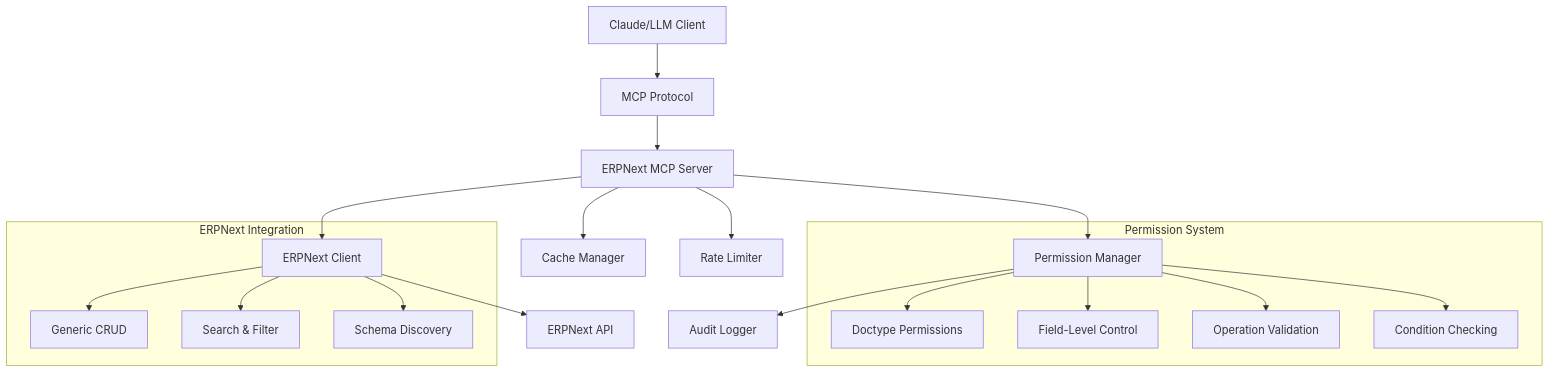
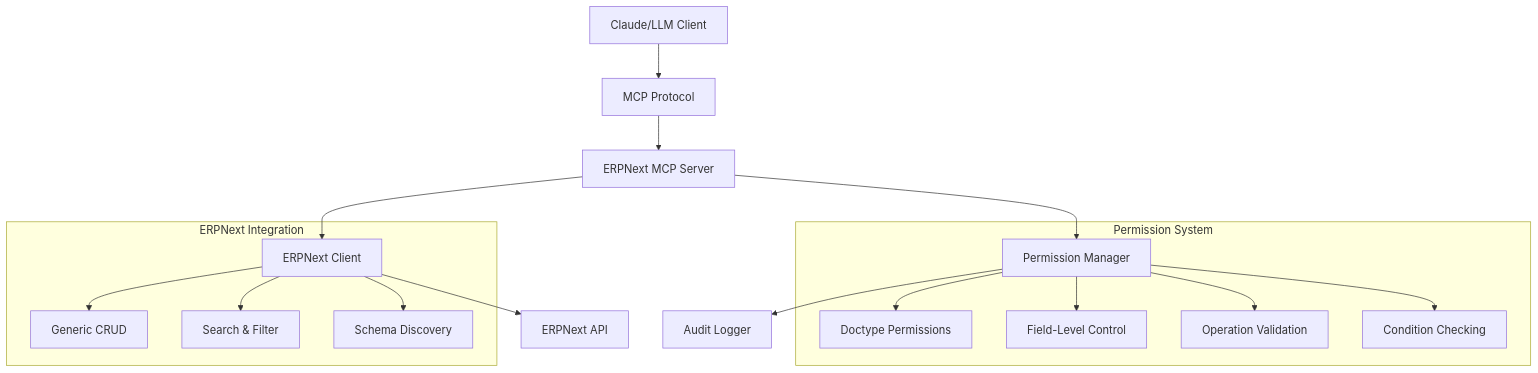
The diagram in README.md (Zero056/Mcp), drawn with Mermaid before and after one commit. The commit also changed other lines of this file, not shown here.

````diff
--- a/README.md
+++ b/README.md
@@ -7,24 +7,22 @@
 ```mermaid
 graph TB
     A[Claude/LLM Client] --> B[MCP Protocol]
     B --> C[ERPNext MCP Server]
     C --> D[Permission Manager]
     C --> E[ERPNext Client]
-    C --> F[Cache Manager]
-    C --> G[Rate Limiter]
     E --> H[ERPNext API]
     D --> I[Audit Logger]
     
     subgraph "Permission System"
         D --> J[Doctype Permissions]
         D --> K[Field-Level Control]
         D --> L[Operation Validation]
         D --> M[Condition Checking]
     end
     
     subgraph "ERPNext Integration"
         E --> N[Generic CRUD]
         E --> O[Search & Filter]
         E --> P[Schema Discovery]
     end
 ```
````
